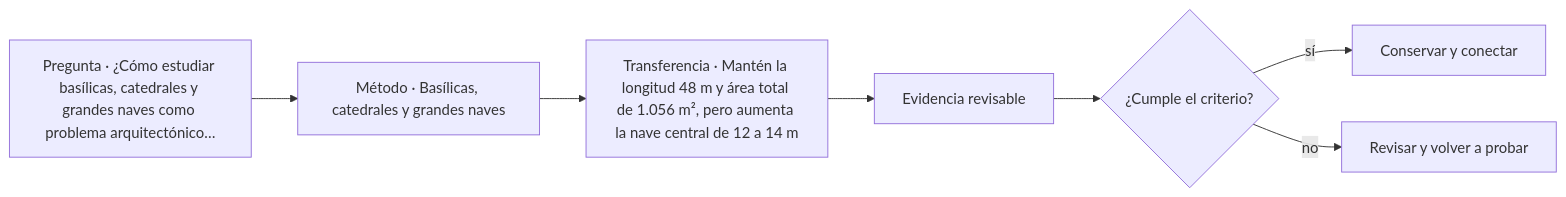
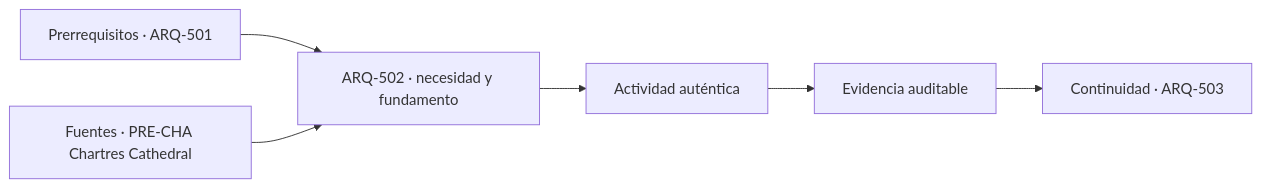
Before and after one commit to vladimiracunadev-create/architecture-built-environment-learning-program: the diagram in classes/parte-51/ARQ-502.md, drawn with Mermaid. The commit also changed other lines of this file and 761 other files, not shown here.

````diff
--- a/classes/parte-51/ARQ-502.md
+++ b/classes/parte-51/ARQ-502.md
@@ -81,9 +93,8 @@
 ```mermaid
 flowchart LR
-    Q["Pregunta · ¿Cómo estudiar basílicas, catedrales y grandes naves como problema arquitectónico…"] --> M["Método · Basílicas, catedrales y grandes naves"]
-    M --> P["Transferencia · Mantén la longitud 48 m y área total de 1.056 m², pero aumenta la nave central de 12 a 14 m"]
-    P --> E["Evidencia revisable"]
-    E --> C{"¿Cumple el criterio?"}
-    C -->|sí| T["Conservar y conectar"]
-    C -->|no| R["Revisar y volver a probar"]
+    A["Prerrequisitos · ARQ-501"] --> B["ARQ-502 · necesidad y fundamento"]
+    S["Fuentes · PRE-CHA Chartres Cathedral"] --> B
+    B --> C["Actividad auténtica"]
+    C --> D["Evidencia auditable"]
+    D --> E["Continuidad · ARQ-503"]
 ```
````
